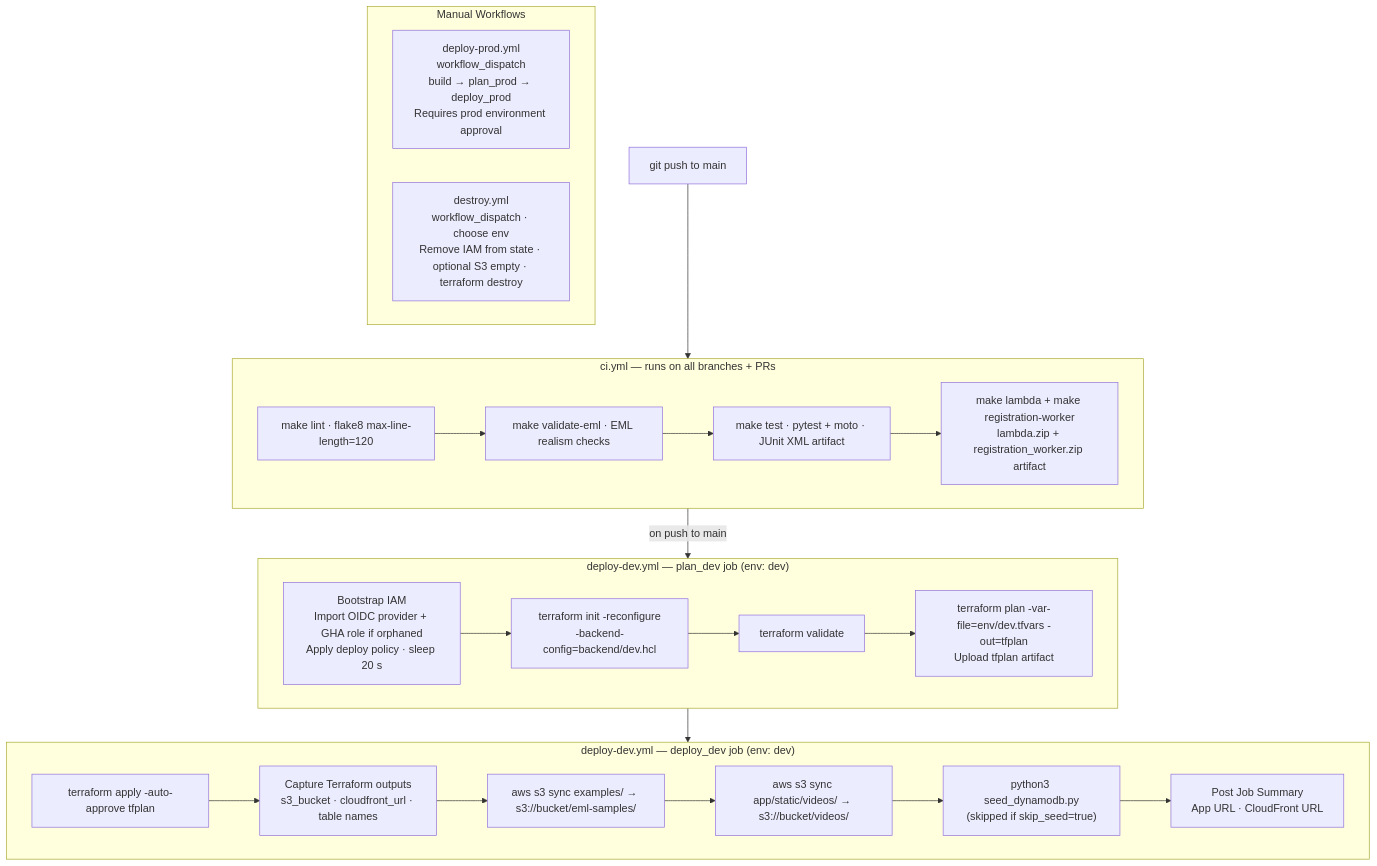
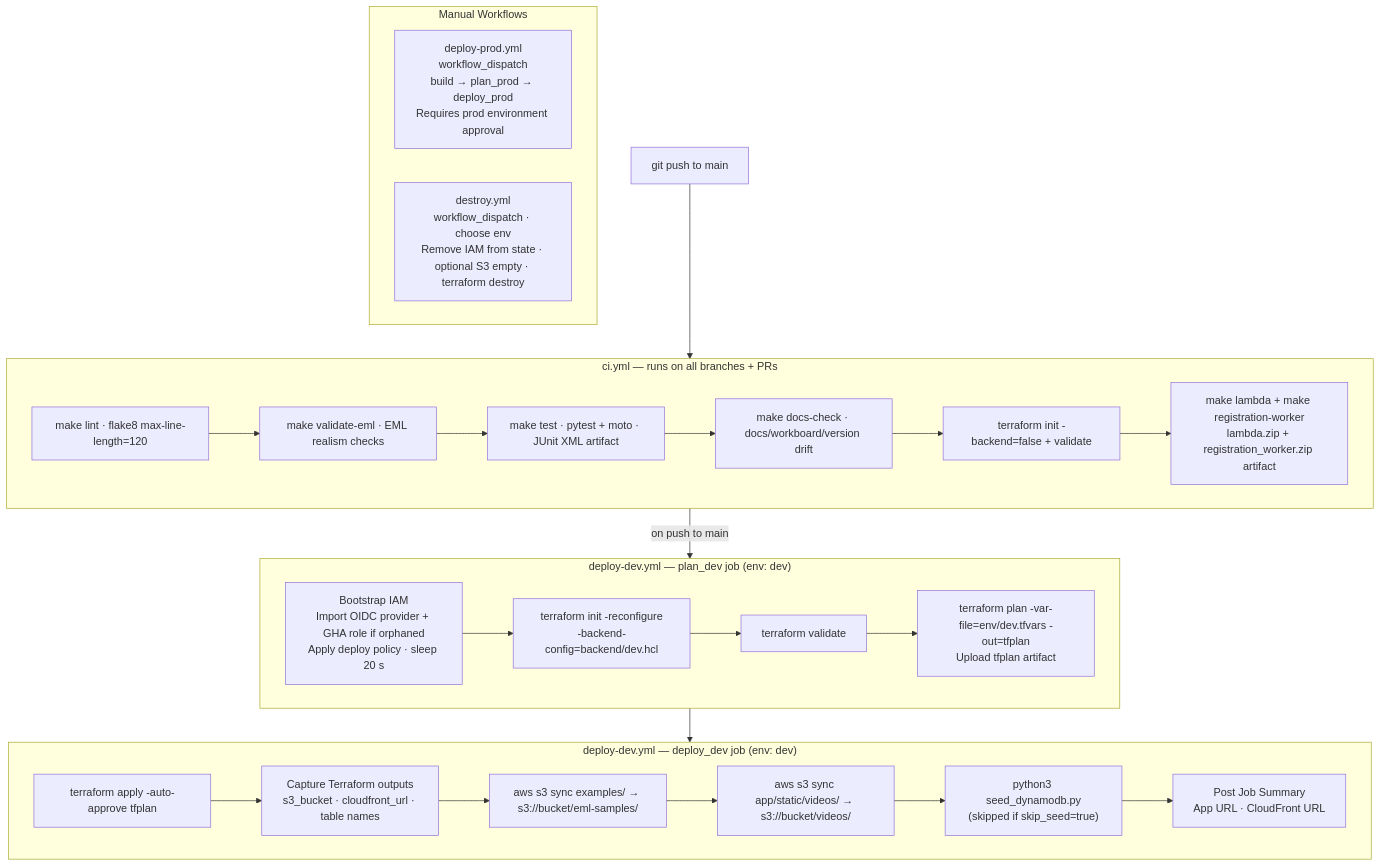
Before and after one commit to Panacota96/master-Project-Phishing: the diagram in documentation/operator/CICD.md, drawn with Mermaid. The commit also changed other lines of this file and 32 other files, not shown here.

````diff
--- a/documentation/operator/CICD.md
+++ b/documentation/operator/CICD.md
@@ -35,39 +36,41 @@
 ```mermaid
 flowchart TD
     Push["git push to main"] --> CI
 
     subgraph CI["ci.yml — runs on all branches + PRs"]
         Lint["make lint · flake8 max-line-length=120"]
         EML["make validate-eml · EML realism checks"]
         Test["make test · pytest + moto · JUnit XML artifact"]
+        Docs["make docs-check · docs/workboard/version drift"]
+        TFValidate["terraform init -backend=false + validate"]
         Build["make lambda + make registration-worker\nlambda.zip + registration_worker.zip artifact"]
-        Lint --> EML --> Test --> Build
+        Lint --> EML --> Test --> Docs --> TFValidate --> Build
     end
 
     CI -->|on push to main| PlanDev
 
     subgraph PlanDev["deploy-dev.yml — plan_dev job (env: dev)"]
         IAMBoot["Bootstrap IAM\nImport OIDC provider + GHA role if orphaned\nApply deploy policy · sleep 20 s"]
         TFInit["terraform init -reconfigure\n-backend-config=backend/dev.hcl"]
         TFVal["terraform validate"]
         TFPlan["terraform plan -var-file=env/dev.tfvars -out=tfplan\nUpload tfplan artifact"]
         IAMBoot --> TFInit --> TFVal --> TFPlan
     end
 
     PlanDev --> DeployDev
 
     subgraph DeployDev["deploy-dev.yml — deploy_dev job (env: dev)"]
         TFApply["terraform apply -auto-approve tfplan"]
         Outputs["Capture Terraform outputs\ns3_bucket · cloudfront_url · table names"]
         SyncEML["aws s3 sync examples/ → s3://bucket/eml-samples/"]
         SyncVid["aws s3 sync app/static/videos/ → s3://bucket/videos/"]
         Seed["python3 seed_dynamodb.py\n(skipped if skip_seed=true)"]
         Summary["Post Job Summary\nApp URL · CloudFront URL"]
         TFApply --> Outputs --> SyncEML --> SyncVid --> Seed --> Summary
     end
 
     subgraph Manual["Manual Workflows"]
         Prod["deploy-prod.yml\nworkflow_dispatch\nbuild → plan_prod → deploy_prod\nRequires prod environment approval"]
         Destroy["destroy.yml\nworkflow_dispatch · choose env\nRemove IAM from state · optional S3 empty · terraform destroy"]
     end
 ```
````
